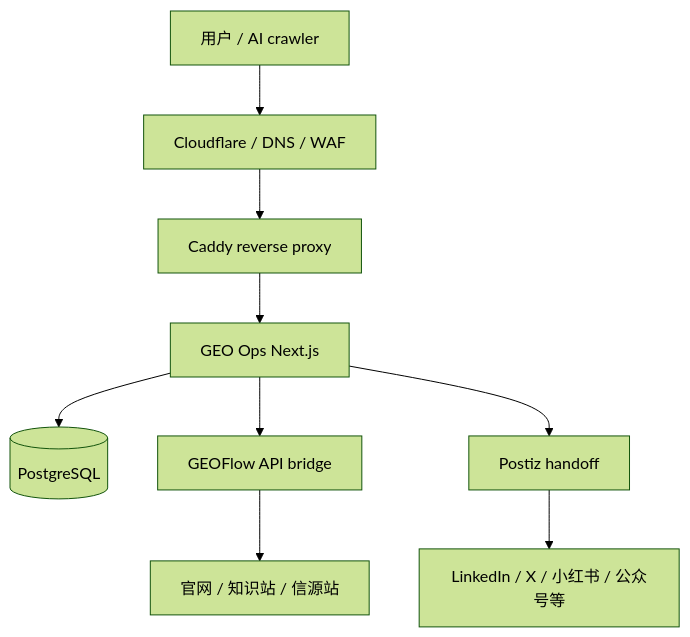
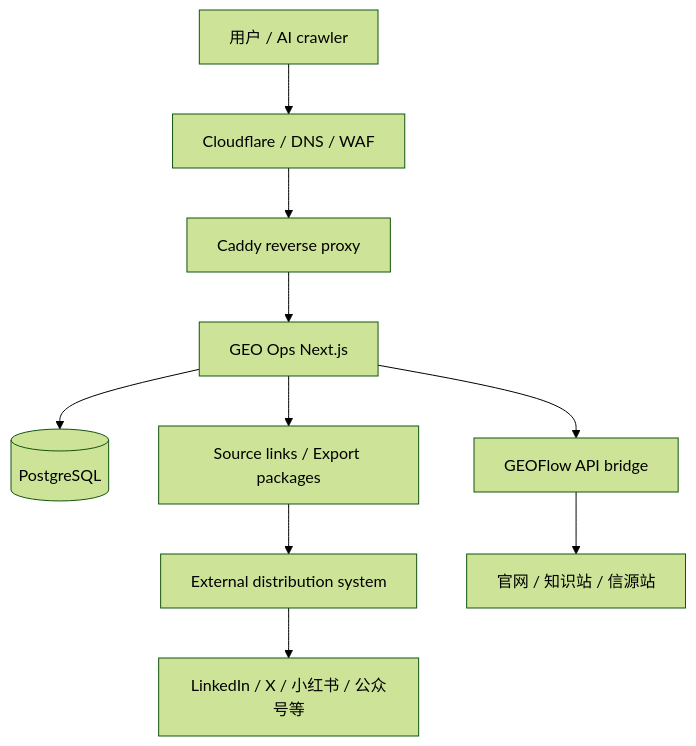
The diagram in docs/wingheng-local-ops-index.md (claude502/SGeoOps), drawn with Mermaid (forest theme) before and after one commit. The commit also changed other lines of this file and 5 other files, not shown here.

Commit message:
Document source-link distribution boundary

````diff
--- a/docs/wingheng-local-ops-index.md
+++ b/docs/wingheng-local-ops-index.md
@@ -51,11 +52,12 @@
 ```mermaid
 flowchart TB
   U["用户 / AI crawler"] --> CF["Cloudflare / DNS / WAF"]
   CF --> Caddy["Caddy reverse proxy"]
   Caddy --> Ops["GEO Ops Next.js"]
   Ops --> PG[("PostgreSQL")]
   Ops --> Flow["GEOFlow API bridge"]
-  Ops --> Postiz["Postiz handoff"]
+  Ops --> Export["Source links / Export packages"]
+  Export --> Dist["External distribution system"]
   Flow --> Site["官网 / 知识站 / 信源站"]
-  Postiz --> Social["LinkedIn / X / 小红书 / 公众号等"]
+  Dist --> Social["LinkedIn / X / 小红书 / 公众号等"]
 ```
````
